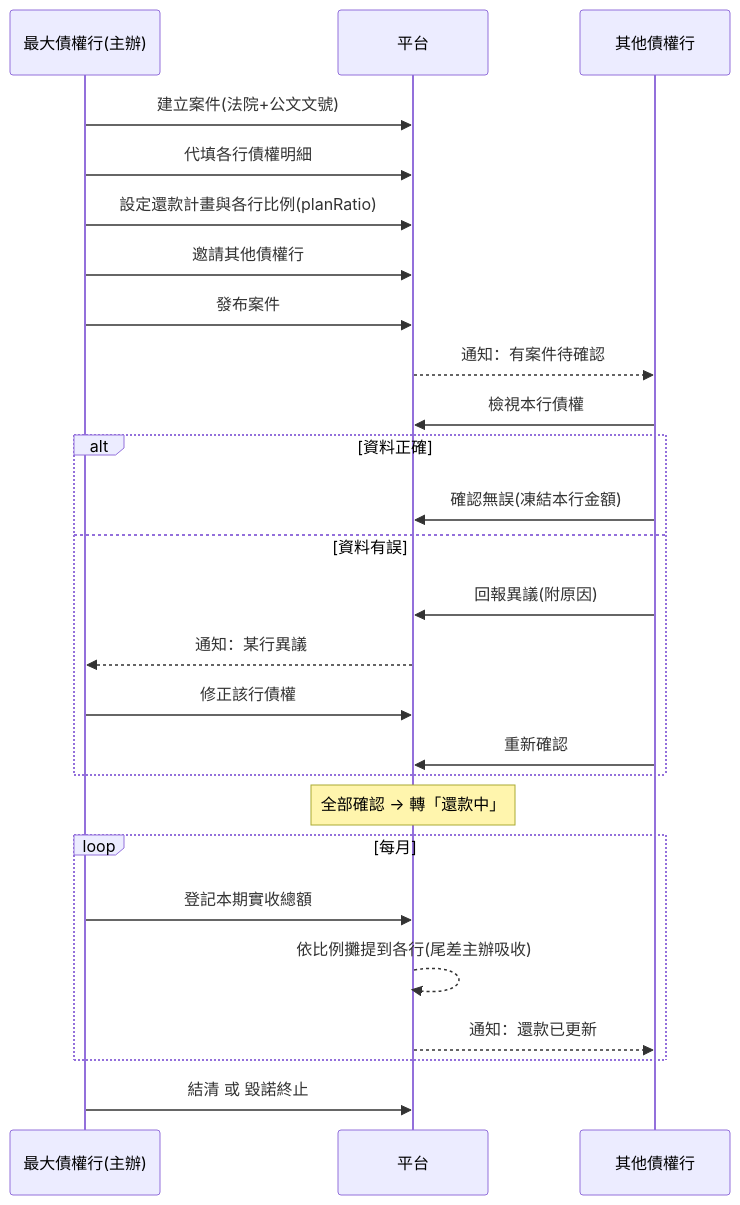
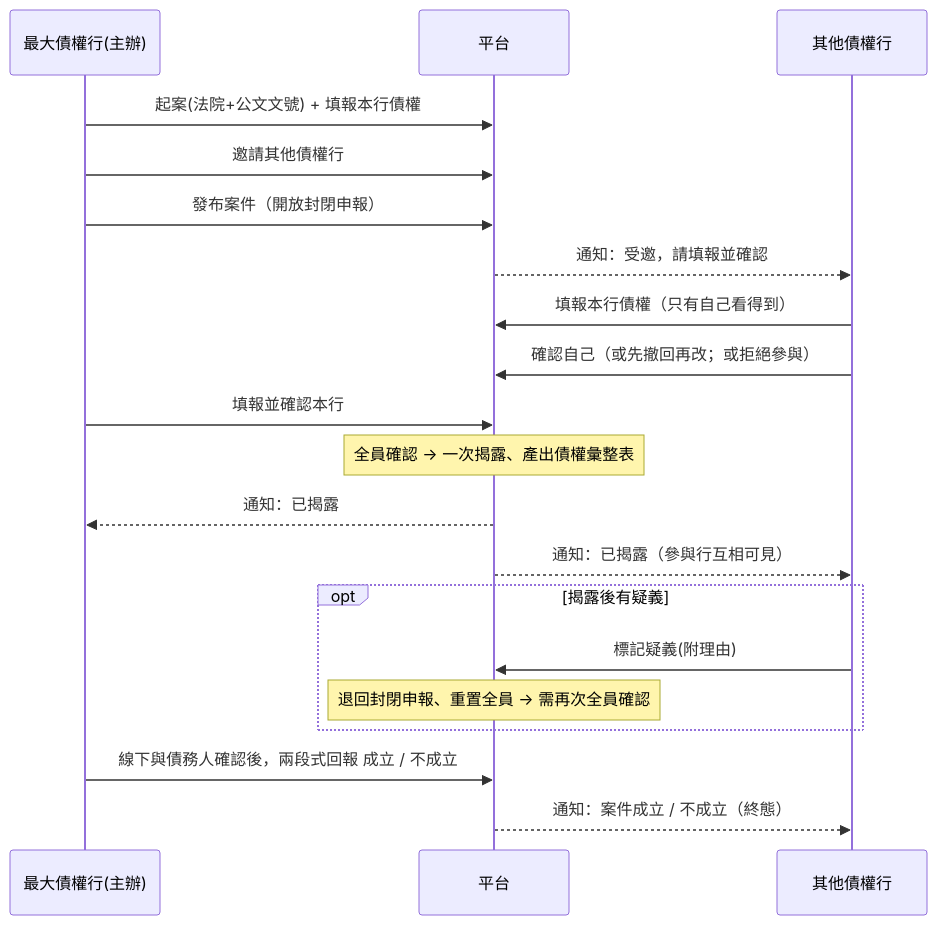
The second of 3 diagrams in MANUAL.md (mobrick-zeng/DataExchange), drawn with Mermaid before and after one commit. The commit also changed other lines of this file and 13 other files, not shown here.

````diff
--- a/MANUAL.md
+++ b/MANUAL.md
@@ -40,28 +41,22 @@
 ```mermaid
 sequenceDiagram
   participant M as 最大債權行(主辦)
   participant S as 平台
   participant C as 其他債權行
-  M->>S: 建立案件(法院+公文文號)
-  M->>S: 代填各行債權明細
-  M->>S: 設定還款計畫與各行比例(planRatio)
+  M->>S: 起案(法院+公文文號) + 填報本行債權
   M->>S: 邀請其他債權行
-  M->>S: 發布案件
-  S-->>C: 通知：有案件待確認
-  C->>S: 檢視本行債權
-  alt 資料正確
-    C->>S: 確認無誤(凍結本行金額)
-  else 資料有誤
-    C->>S: 回報異議(附原因)
-    S-->>M: 通知：某行異議
-    M->>S: 修正該行債權
-    C->>S: 重新確認
+  M->>S: 發布案件（開放封閉申報）
+  S-->>C: 通知：受邀，請填報並確認
+  C->>S: 填報本行債權（只有自己看得到）
+  C->>S: 確認自己（或先撤回再改；或拒絕參與）
+  M->>S: 填報並確認本行
+  Note over S: 全員確認 → 一次揭露、產出債權彙整表
+  S-->>M: 通知：已揭露
+  S-->>C: 通知：已揭露（參與行互相可見）
+  opt 揭露後有疑義
+    C->>S: 標記疑義(附理由)
+    Note over S: 退回封閉申報、重置全員 → 需再次全員確認
   end
-  Note over S: 全部確認 → 轉「還款中」
-  loop 每月
-    M->>S: 登記本期實收總額
-    S-->>S: 依比例攤提到各行(尾差主辦吸收)
-    S-->>C: 通知：還款已更新
-  end
-  M->>S: 結清 或 毀諾終止
+  M->>S: 線下與債務人確認後，兩段式回報 成立 / 不成立
+  S-->>C: 通知：案件成立 / 不成立（終態）
 ```
````
